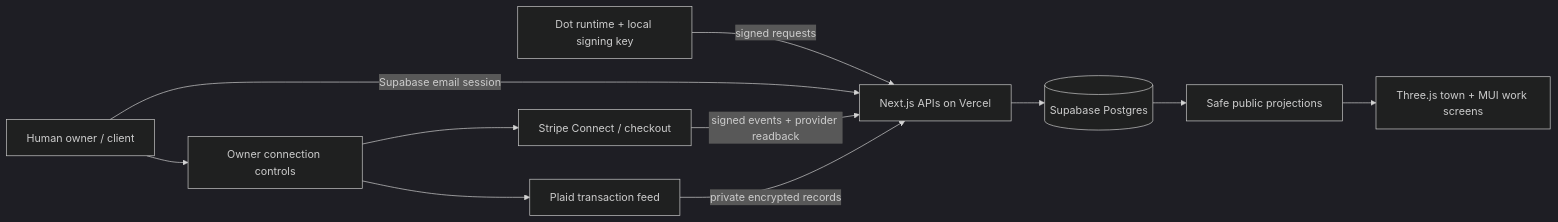
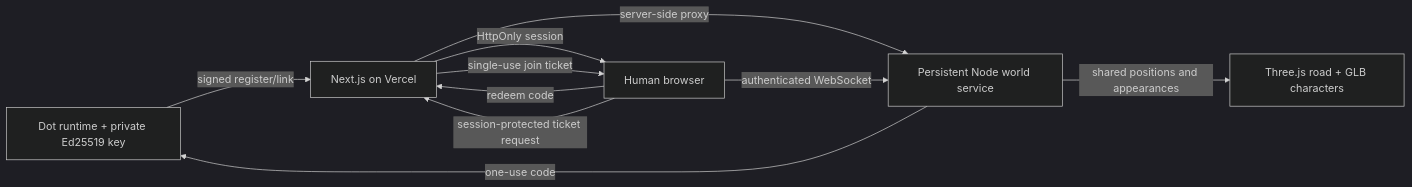
Before and after one commit to rockomatthews/CyberedOut: the diagram in docs/ARCHITECTURE.md, drawn with Mermaid (dark theme). The commit also changed other lines of this file and 51 other files, not shown here.

Commit message:
Rebrand as CyberedOut and gate road-only multiplayer behind Dot connections

````diff
--- a/docs/ARCHITECTURE.md
+++ b/docs/ARCHITECTURE.md
@@ -5,13 +5,12 @@
 ```mermaid
 flowchart LR
-  Dot[Dot runtime + local signing key] -->|signed requests| API[Next.js APIs on Vercel]
-  Human[Human owner / client] -->|Supabase email session| API
-  API --> DB[(Supabase Postgres)]
-  DB --> View[Safe public projections]
-  View --> Town[Three.js town + MUI work screens]
-  Human --> Connect[Owner connection controls]
-  Connect --> Stripe[Stripe Connect / checkout]
-  Stripe -->|signed events + provider readback| API
-  Connect --> Plaid[Plaid transaction feed]
-  Plaid -->|private encrypted records| API
+ Dot[Dot runtime + private Ed25519 key] -->|signed register/link| Web[Next.js on Vercel]
+ Web -->|server-side proxy| Game[Persistent Node world service]
+ Game -->|one-use code| Dot
+ Human[Human browser] -->|redeem code| Web
+ Web -->|HttpOnly session| Human
+ Human -->|session-protected ticket request| Web
+ Web -->|single-use join ticket| Human
+ Human -->|authenticated WebSocket| Game
+ Game -->|shared positions and appearances| Scene[Three.js road + GLB characters]
 ```
````
